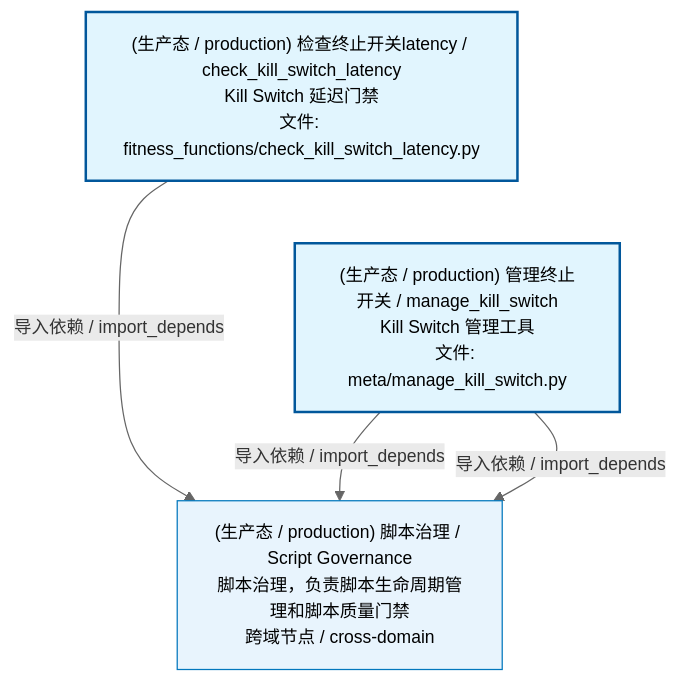
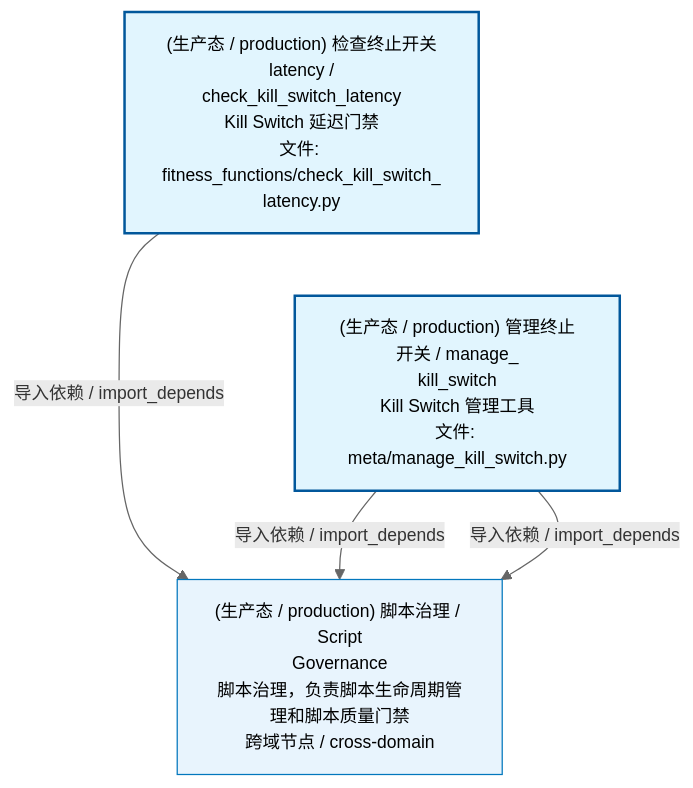
One commit to xuanFelixVan/ZephyrAlpha changed the first of 3 diagrams in docs/02_enterprise_architecture/02_domain_architecture_docs/34_d_autonomy_perm.md. Above: the diagram before and after it, drawn with Mermaid. The commit also changed other lines of this file and 61 other files, not shown here.

````diff
--- a/docs/02_enterprise_architecture/02_domain_architecture_docs/34_d_autonomy_perm.md
+++ b/docs/02_enterprise_architecture/02_domain_architecture_docs/34_d_autonomy_perm.md
@@ -53,17 +53,17 @@
 ```mermaid
 %%{init: {'theme': 'base', 'themeVariables': {'primaryColor': '#eaeaea', 'primaryTextColor': '#333333', 'primaryBorderColor': '#666666', 'lineColor': '#666666', 'secondaryColor': '#eaeaea', 'tertiaryColor': '#eaeaea', 'fontSize': '14px'}}}%%
 flowchart TD
-    scripts_arch_guard_fitness_functions_check_kill_switch_latency_py["(生产态 / production) 检查终止开关latency / check_kill_switch_latency<br/>Kill Switch 延迟门禁<br/>文件: fitness_functions/check_kill_switch_latency.py"]
-    scripts_governance_meta_manage_kill_switch_py["(生产态 / production) 管理终止开关 / manage_kill_switch<br/>Kill Switch 管理工具<br/>文件: meta/manage_kill_switch.py"]
+    scripts_arch_guard_fitness_functions_check_kill_switch_latency_py["(生产态 / production) 检查终止开关latency /<br/>check_kill_switch_latency<br/>Kill Switch 延迟门禁<br/>文件: fitness_functions/check_kill_switch_<br/>latency.py"]
+    scripts_governance_meta_manage_kill_switch_py["(生产态 / production) 管理终止开关 / manage_<br/>kill_switch<br/>Kill Switch 管理工具<br/>文件: meta/manage_kill_switch.py"]
     scripts_arch_guard_fitness_functions_check_kill_switch_latency_py ~~~ scripts_governance_meta_manage_kill_switch_py
-    D_GOV_SCRIPTS["(生产态 / production) 脚本治理 / Script Governance<br/>脚本治理，负责脚本生命周期管理和脚本质量门禁<br/>跨域节点 / cross-domain"]
+    D_GOV_SCRIPTS["(生产态 / production) 脚本治理 / Script<br/>Governance<br/>脚本治理，负责脚本生命周期管理和脚本质量门禁<br/>跨域节点 / cross-domain"]
     scripts_arch_guard_fitness_functions_check_kill_switch_latency_py -->|导入依赖 / import_depends| D_GOV_SCRIPTS
     scripts_governance_meta_manage_kill_switch_py -->|导入依赖 / import_depends| D_GOV_SCRIPTS
     scripts_governance_meta_manage_kill_switch_py -->|导入依赖 / import_depends| D_GOV_SCRIPTS
     classDef production fill:#e1f5fe,stroke:#01579b,stroke-width:2px,color:#000
     classDef design fill:#fff3e0,stroke:#e65100,stroke-width:2px,color:#000,stroke-dasharray: 5 5
     classDef external_prod fill:#e8f4fd,stroke:#0277bd,stroke-width:1px,color:#000
     classDef external_design fill:#fff8e7,stroke:#ef6c00,stroke-width:1px,color:#000,stroke-dasharray: 5 5
     class scripts_arch_guard_fitness_functions_check_kill_switch_latency_py,scripts_governance_meta_manage_kill_switch_py production
     class D_GOV_SCRIPTS external_prod
 ```
````
